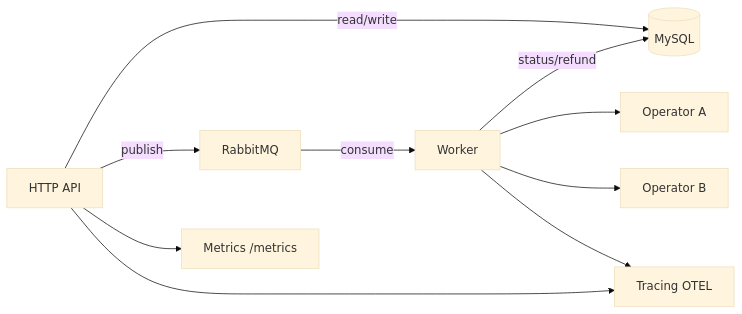
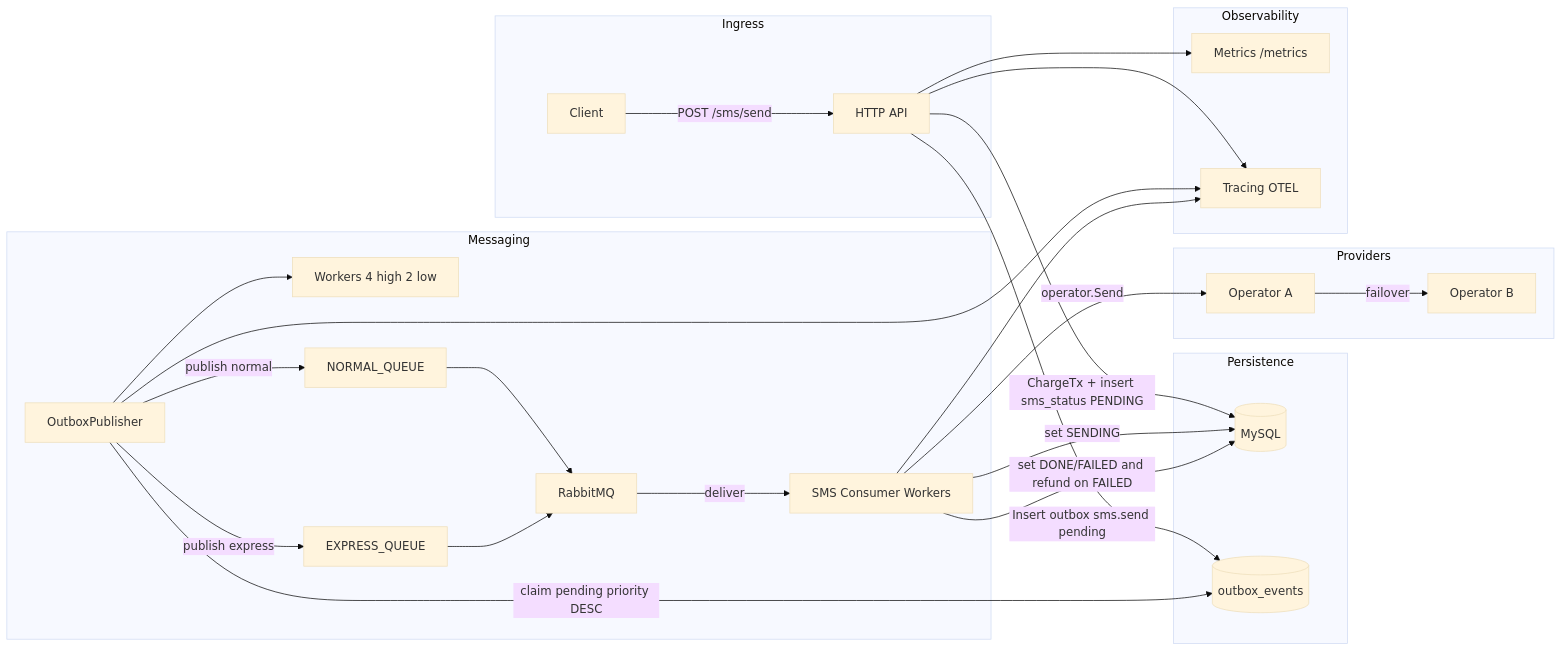
One commit to arminazimi/sms-gateway changed the third of 3 diagrams in README.md. Above: the diagram before and after it, drawn with Mermaid (base theme). The commit also changed other lines of this file and 20 other files, not shown here.

Commit message:
Add outbox pattern for SMS processing: implement outbox event handling, update SMS status management, and enhance load testing capabilities. Update README and Makefile for new commands and configuration options.

````diff
--- a/README.md
+++ b/README.md
@@ -223,12 +286,53 @@
 ```mermaid
 flowchart LR
-  API[HTTP API] -->|read/write| DB[(MySQL)]
-  API -->|publish| MQ[RabbitMQ]
-  MQ -->|consume| Worker
-  Worker -->|status/refund| DB
-  Worker --> OpA[Operator A]
-  Worker --> OpB[Operator B]
-  API --> Metrics[Metrics /metrics]
-  API --> Traces[Tracing OTEL]
-  Worker --> Traces
+  subgraph Ingress
+    Client[Client]
+    API[HTTP API]
+  end
+
+  subgraph Persistence
+    DB[(MySQL)]
+    OUTBOX[(outbox_events)]
+  end
+
+  subgraph Messaging
+    PUB[OutboxPublisher]
+    Pools[Workers 4 high 2 low]
+    MQ[RabbitMQ]
+    QN[NORMAL_QUEUE]
+    QE[EXPRESS_QUEUE]
+    C[SMS Consumer Workers]
+  end
+
+  subgraph Providers
+    OpA[Operator A]
+    OpB[Operator B]
+  end
+
+  subgraph Observability
+    Metrics[Metrics /metrics]
+    Traces[Tracing OTEL]
+  end
+
+  Client -->|POST /sms/send| API
+  API -->|ChargeTx + insert sms_status PENDING| DB
+  API -->|Insert outbox sms.send pending| OUTBOX
+
+  PUB -->|claim pending priority DESC| OUTBOX
+  PUB --> Pools
+  PUB -->|publish normal| QN
+  PUB -->|publish express| QE
+  QN --> MQ
+  QE --> MQ
+  MQ -->|deliver| C
+
+  C -->|set SENDING| DB
+  C -->|operator.Send| OpA
+  OpA -->|failover| OpB
+  C -->|set DONE/FAILED and refund on FAILED| DB
+
+  API --> Metrics
+  API --> Traces
+  PUB --> Traces
+  C --> Traces
 ```
````
